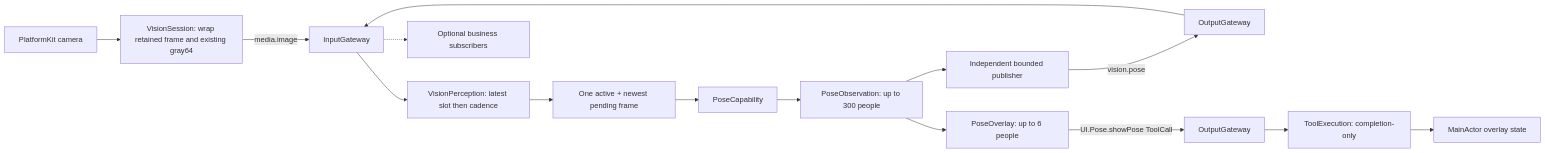
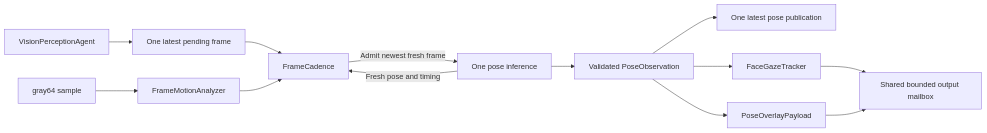
Before and after one commit to devilyouwei/MobileHarness: the second of 2 diagrams in MobileHarness/Agents/VisionPerception/README.md, drawn with Mermaid. The commit also changed other lines of this file and 116 other files, not shown here.

````diff
--- a/MobileHarness/Agents/VisionPerception/README.md
+++ b/MobileHarness/Agents/VisionPerception/README.md
@@ -237,17 +29,15 @@
 ```mermaid
 flowchart LR
-    Camera[PlatformKit camera] --> App[VisionSession: wrap retained frame and existing gray64]
-    App -->|media.image| IG[InputGateway]
-    IG --> Filter[VisionPerception: latest slot then cadence]
-    Filter --> Latest[One active + newest pending frame]
-    Latest --> Pose[PoseCapability]
-    Pose --> Obs[PoseObservation: up to 300 people]
-    Obs --> Pub[Independent bounded publisher]
-    Pub -->|vision.pose| OG1[OutputGateway]
-    OG1 --> IG[InputGateway]
-    IG -.-> Future[Optional business subscribers]
-    Obs --> Projection[PoseOverlay: up to 6 people]
-    Projection -->|UI.Pose.showPose ToolCall| OG2[OutputGateway]
-    OG2 --> TR[ToolExecution: completion-only]
-    TR --> UI[MainActor overlay state]
+ Agent[VisionPerceptionAgent] --> Latest[One latest pending frame]
+ Latest --> Cadence[FrameCadence]
+ Gray[gray64 sample] --> Motion[FrameMotionAnalyzer]
+ Motion --> Cadence
+ Cadence -->|Admit newest fresh frame| Inference[One pose inference]
+ Inference -->|Fresh pose and timing| Cadence
+ Inference --> Pose[Validated PoseObservation]
+ Pose --> Publisher[One latest pose publication]
+ Pose --> Gaze[FaceGazeTracker]
+ Pose --> Overlay[PoseOverlayPayload]
+ Gaze --> Mailbox[Shared bounded output mailbox]
+ Overlay --> Mailbox
 ```
````
